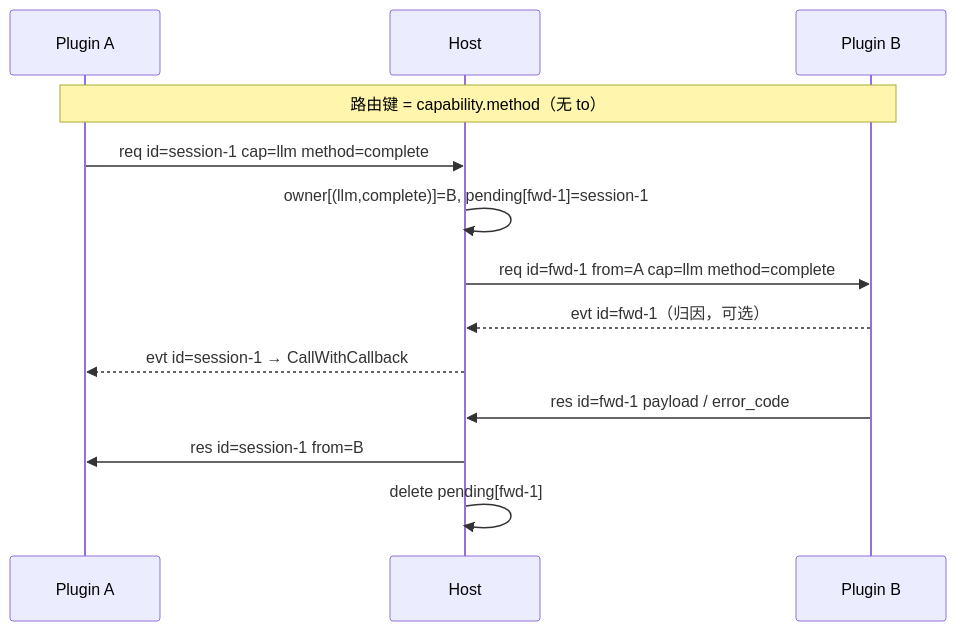
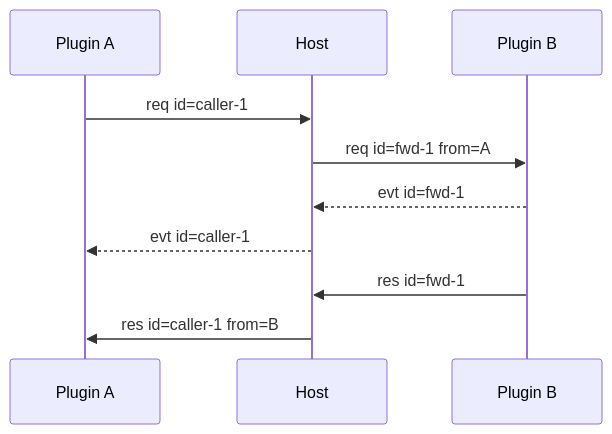
The diagram in docs/protocol.md (Alphazer01214/my-go-lite-agent), drawn with Mermaid before and after one commit. The commit also changed other lines of this file and 118 other files, not shown here.

````diff
--- a/docs/protocol.md
+++ b/docs/protocol.md
@@ -180,15 +134,12 @@
 ```mermaid
 sequenceDiagram
     participant A as Plugin A
     participant H as Host
     participant B as Plugin B
-    Note over A,B: 路由键 = capability.method（无 to）
-    A->>H: req id=session-1 cap=llm method=complete
-    H->>H: owner[(llm,complete)]=B, pending[fwd-1]=session-1
-    H->>B: req id=fwd-1 from=A cap=llm method=complete
-    B-->>H: evt id=fwd-1（归因，可选）
-    H-->>A: evt id=session-1 → CallWithCallback
-    B->>H: res id=fwd-1 payload / error_code
-    H->>A: res id=session-1 from=B
-    H->>H: delete pending[fwd-1]
+    A->>H: req id=caller-1
+    H->>B: req id=fwd-1 from=A
+    B-->>H: evt id=fwd-1
+    H-->>A: evt id=caller-1
+    B->>H: res id=fwd-1
+    H->>A: res id=caller-1 from=B
 ```
````
